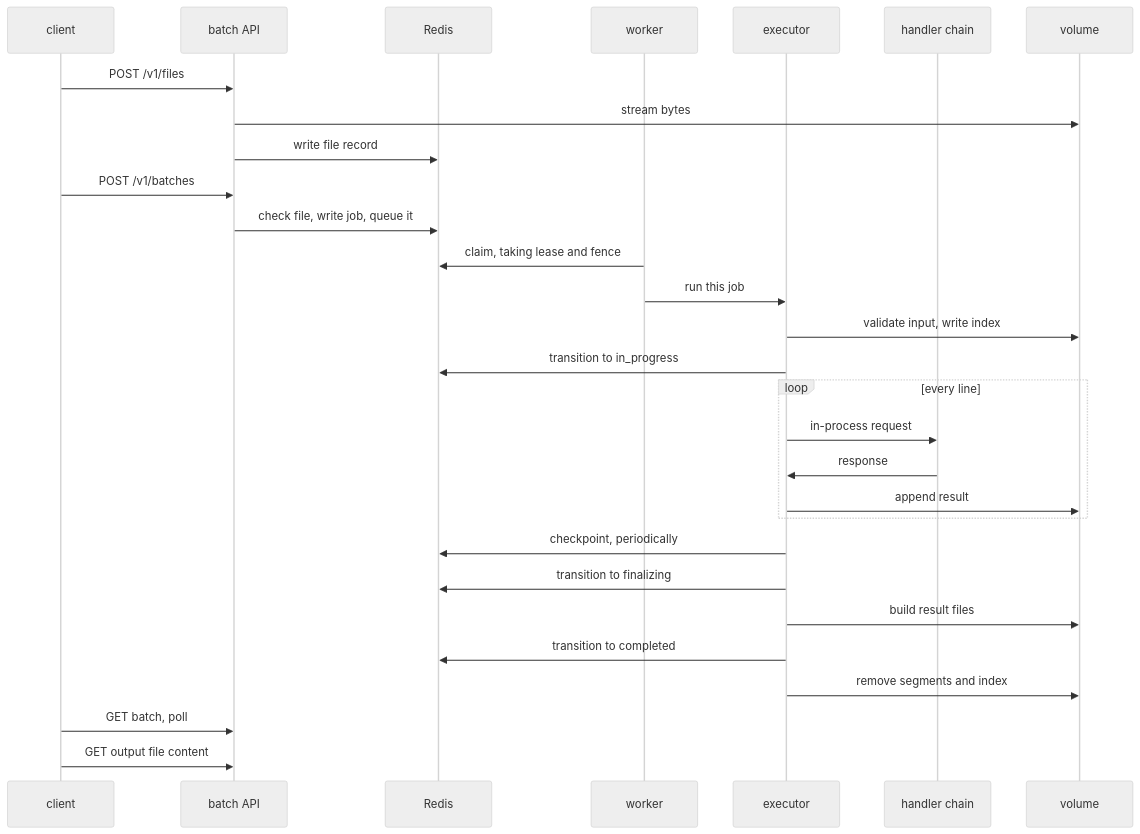
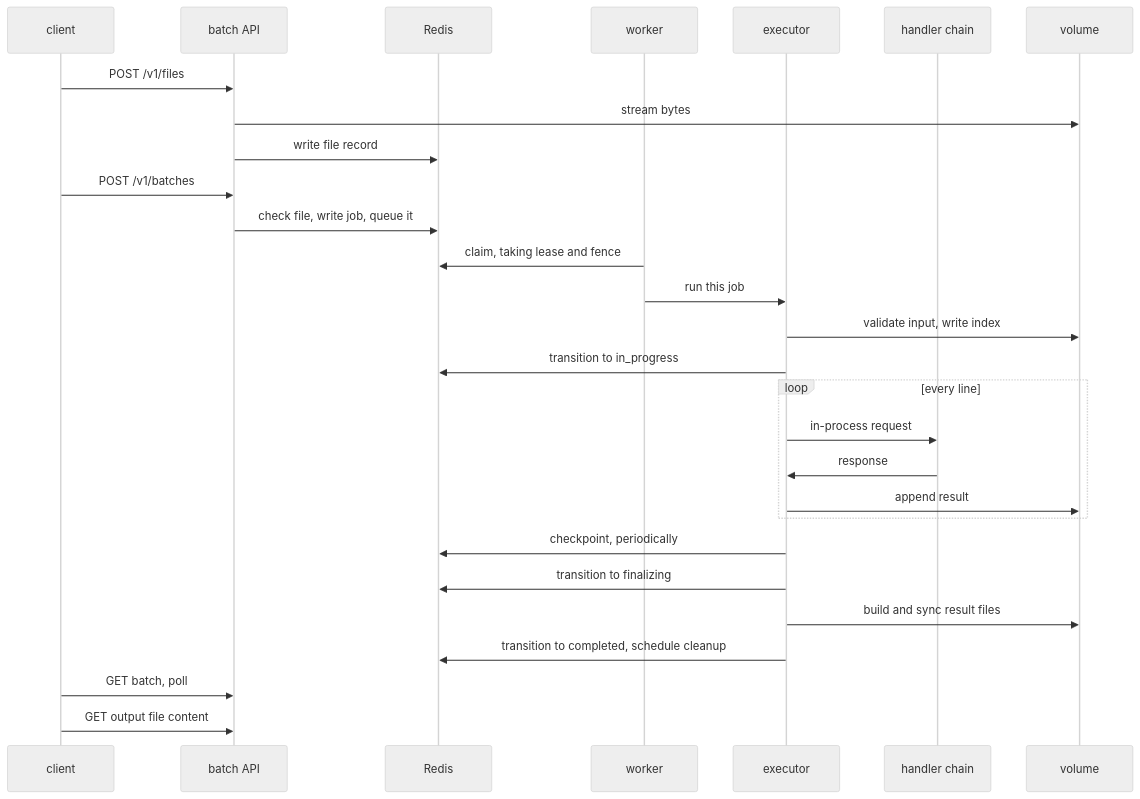
Before and after one commit to volcano-sh/kthena: the second of 3 diagrams in docs/proposal/kthena-router-batch-api.md, drawn with Mermaid (neutral theme). The commit also changed other lines of this file, not shown here.

````diff
--- a/docs/proposal/kthena-router-batch-api.md
+++ b/docs/proposal/kthena-router-batch-api.md
@@ -282,32 +300,31 @@
 ```mermaid
 sequenceDiagram
     participant C as client
     participant A as batch API
     participant R as Redis
     participant W as worker
     participant X as executor
     participant H as handler chain
     participant V as volume
 
     C->>A: POST /v1/files
     A->>V: stream bytes
     A->>R: write file record
     C->>A: POST /v1/batches
     A->>R: check file, write job, queue it
     W->>R: claim, taking lease and fence
     W->>X: run this job
     X->>V: validate input, write index
     X->>R: transition to in_progress
     loop every line
         X->>H: in-process request
         H->>X: response
         X->>V: append result
     end
     X->>R: checkpoint, periodically
     X->>R: transition to finalizing
-    X->>V: build result files
-    X->>R: transition to completed
-    X->>V: remove segments and index
+    X->>V: build and sync result files
+    X->>R: transition to completed, schedule cleanup
     C->>A: GET batch, poll
     C->>A: GET output file content
 ```
````
